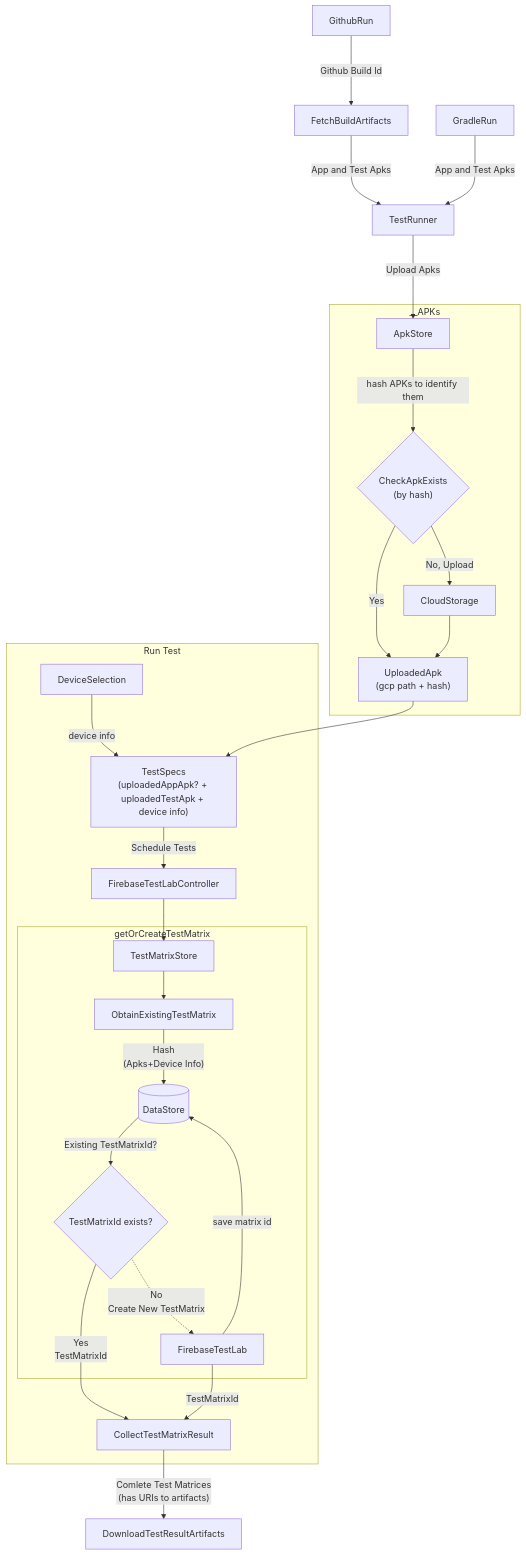
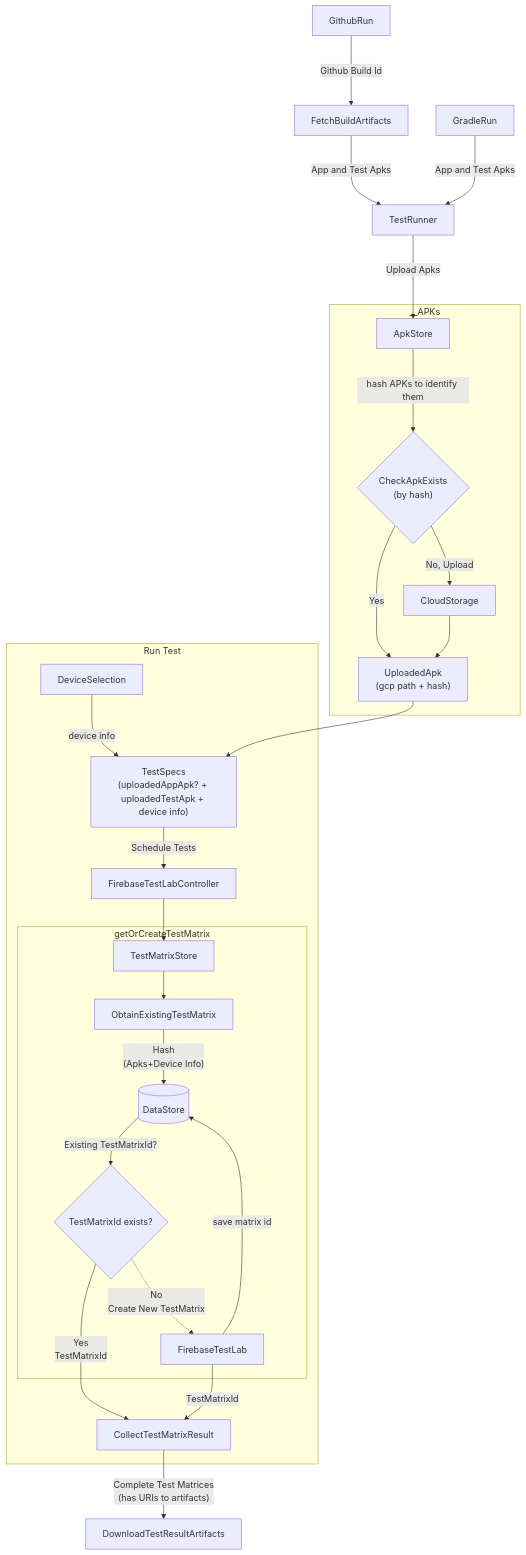
The diagram in flow-of-activity.md (androidx/androidx-ci-action), drawn with Mermaid before and after one commit.

````diff
--- a/flow-of-activity.md
+++ b/flow-of-activity.md
@@ -3,37 +3,37 @@
 ```mermaid
 graph TB
     DataStore[(DataStore)]
     CloudStorage[CloudStorage]
     CheckApkExists{"CheckApkExists</br>(by hash)"}
     ApkStore[ApkStore]
     HasTestMatrix{TestMatrixId exists?}
     UploadedApk["UploadedApk<br/>(gcp path + hash)"]
     TestSpecs["TestSpecs<br/>(uploadedAppApk? + uploadedTestApk + device info)"]
     GithubRun--->|Github Build Id|FetchBuildArtifacts
     FetchBuildArtifacts--->|App and Test Apks|TestRunner
     GradleRun--->|App and Test Apks|TestRunner
     TestRunner--->|Upload Apks|ApkStore
     subgraph "__APKs"
       ApkStore--->|hash APKs to identify them|CheckApkExists
       CheckApkExists-->|Yes|UploadedApk
       CheckApkExists-->|No, Upload|CloudStorage
       CloudStorage-->UploadedApk
     end
     subgraph "Run Test"
     DeviceSelection-->|device info|TestSpecs
     UploadedApk-->TestSpecs
     TestSpecs-->|Schedule Tests|FirebaseTestLabController
     FirebaseTestLabController-->TestMatrixStore
     subgraph "getOrCreateTestMatrix"
     TestMatrixStore-->ObtainExistingTestMatrix
     ObtainExistingTestMatrix-->|"Hash<br/>(Apks+Device Info)"|DataStore
     DataStore-->|Existing TestMatrixId?|HasTestMatrix
     HasTestMatrix-.->|"No </br>Create New TestMatrix"|FirebaseTestLab
     FirebaseTestLab-->|save matrix id|DataStore
     end
     HasTestMatrix--->|"Yes</br>TestMatrixId"|CollectTestMatrixResult
     
     end
     FirebaseTestLab-->|TestMatrixId|CollectTestMatrixResult
-    CollectTestMatrixResult-->|"Comlete Test Matrices</br>(has URIs to artifacts)"|DownloadTestResultArtifacts
+    CollectTestMatrixResult-->|"Complete Test Matrices</br>(has URIs to artifacts)"|DownloadTestResultArtifacts
 ```
````
